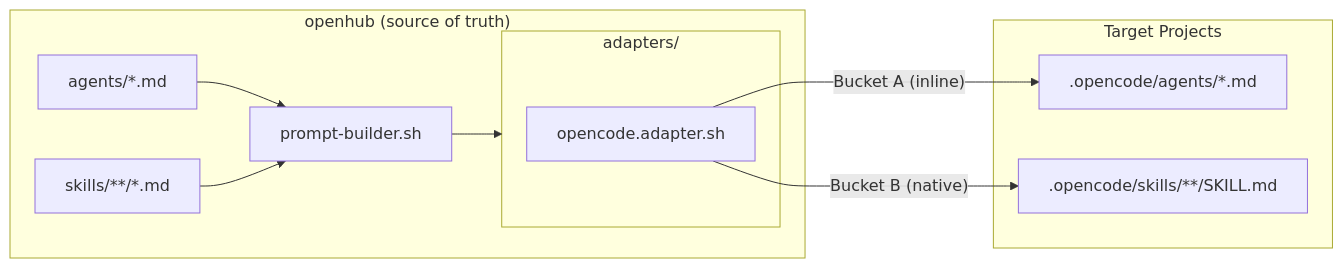
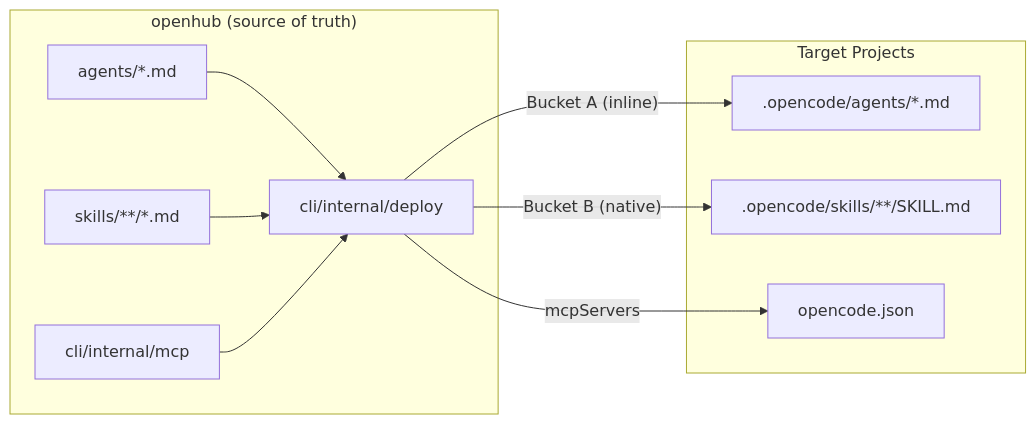
The first of 3 diagrams in docs/architecture/overview.en.md (datichb/openhub), drawn with Mermaid before and after one commit. The commit also changed other lines of this file and 271 other files, not shown here.

````diff
--- a/docs/architecture/overview.en.md
+++ b/docs/architecture/overview.en.md
@@ -67,16 +69,14 @@
 ```mermaid
 flowchart LR
     subgraph HUB["openhub (source of truth)"]
-        A[agents/*.md] --> PB[prompt-builder.sh]
-        S[skills/**/*.md] --> PB
-        PB --> ADP
-        subgraph ADP["adapters/"]
-            OC[opencode.adapter.sh]
-        end
+        A[agents/*.md] --> DEP[cli/internal/deploy]
+        S[skills/**/*.md] --> DEP
+        MCP[cli/internal/mcp] --> DEP
     end
 
     subgraph PROJECTS["Target Projects"]
-        OC -->|"Bucket A (inline)"| P1[".opencode/agents/*.md"]
-        OC -->|"Bucket B (native)"| P2[".opencode/skills/**/SKILL.md"]
+        DEP -->|"Bucket A (inline)"| P1[".opencode/agents/*.md"]
+        DEP -->|"Bucket B (native)"| P2[".opencode/skills/**/SKILL.md"]
+        DEP -->|"mcpServers"| P3["opencode.json"]
     end
 ```
````
